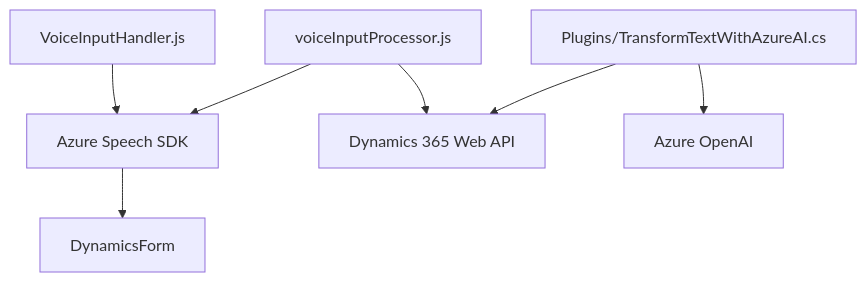
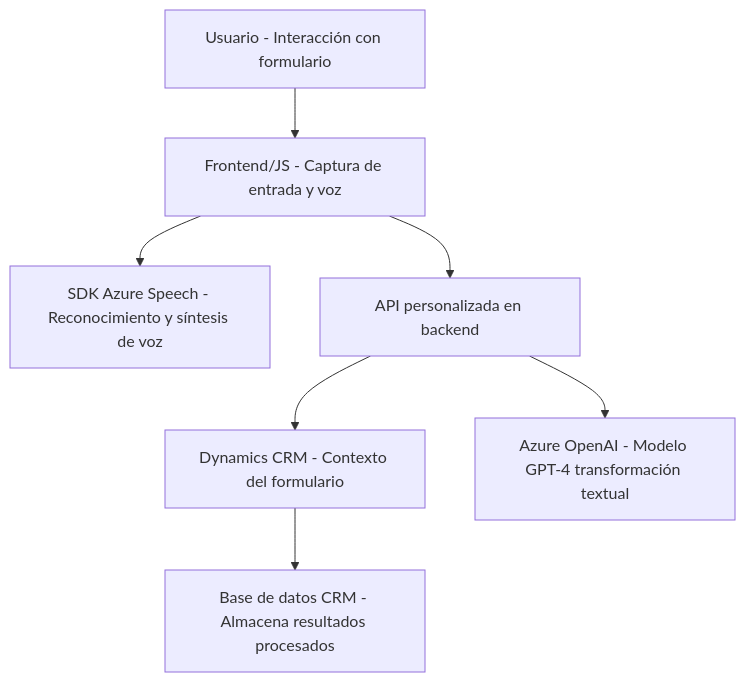
One commit to blopezdm/NETCORE_BILBAO2025 changed the diagram in README.md. Above: the diagram before and after it, drawn with Mermaid. The commit also changed other lines of this file, not shown here.

Commit message:
Actualizar análisis global de la solución con IA

````diff
--- a/README.md
+++ b/README.md
@@ -48,17 +46,17 @@
 ```mermaid
 graph TD
-    A["voiceInputProcessor.js"]
-    B["VoiceInputHandler.js"]
-    C["DynamicsForm"]
-    D["Azure Speech SDK"]
-    E["Plugins/TransformTextWithAzureAI.cs"]
-    F["Azure OpenAI"]
-    G["Dynamics 365 Web API"]
+    A["Usuario - Interacción con formulario"]
+    B["Frontend/JS - Captura de entrada y voz"]
+    C["SDK Azure Speech - Reconocimiento y síntesis de voz"]
+    D["API personalizada en backend"]
+    E["Dynamics CRM - Contexto del formulario"]
+    F["Azure OpenAI - Modelo GPT-4 transformación textual"]
+    G["Base de datos CRM - Almacena resultados procesados"]
 
-    A --> D
+    A --> B
+    B --> C
     B --> D
-    D --> C
-    A --> G
+    D --> E
+    D --> F
     E --> G
-    E --> F
 ```
````
